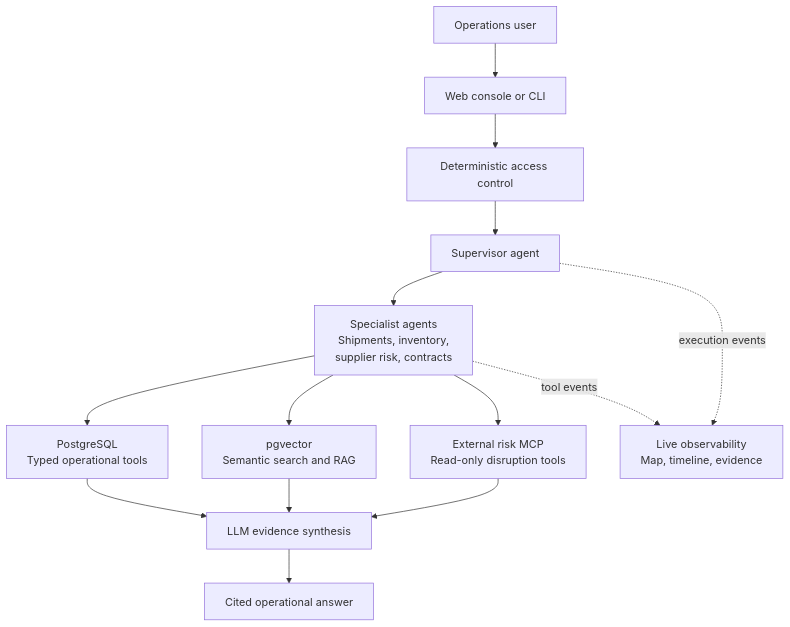
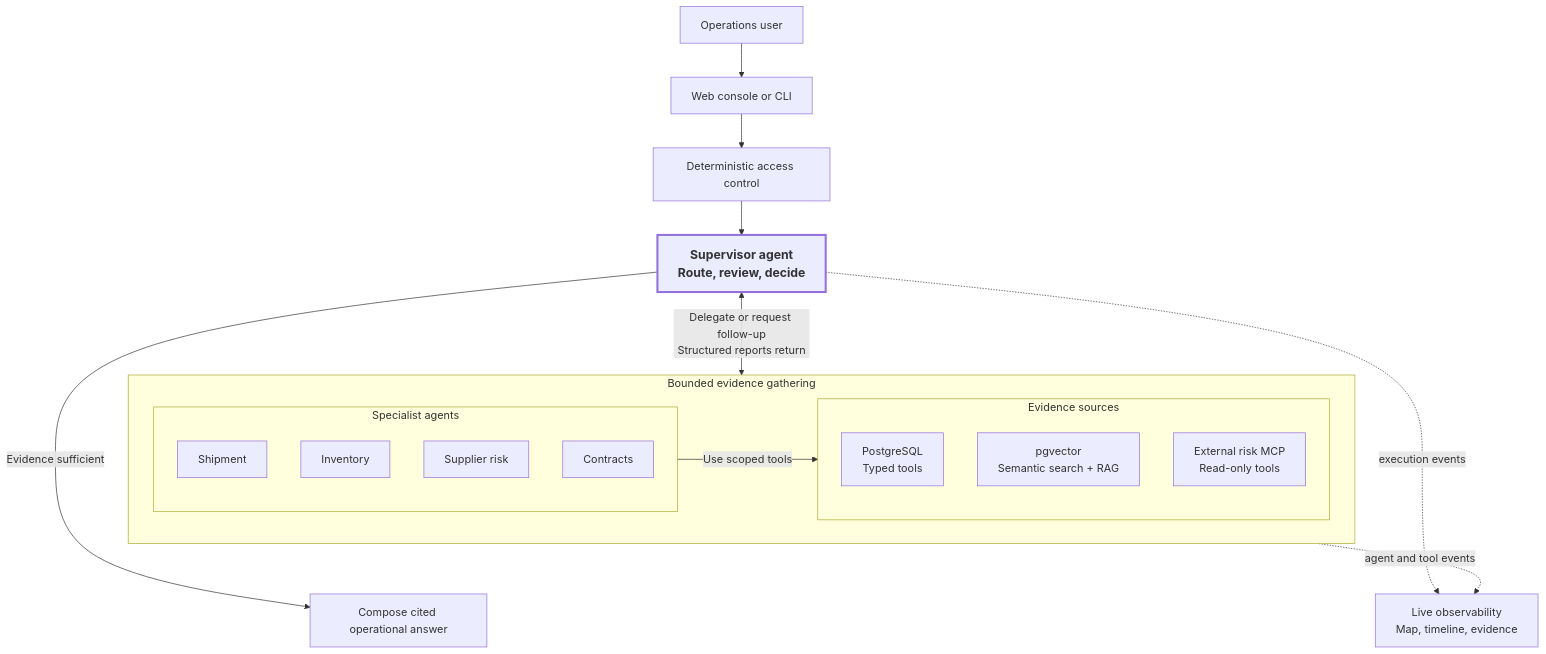
The diagram in README.md (shshakib/Supply-Chain-AI-Control-Tower), drawn with Mermaid before and after one commit. The commit also changed other lines of this file and 13 other files, not shown here.

Commit message:
feat: add bounded evidence review observability

````diff
--- a/README.md
+++ b/README.md
@@ -15,19 +15,38 @@
 ```mermaid
 flowchart TB
     USER["Operations user"] --> UI["Web console or CLI"]
     UI --> ACCESS["Deterministic access control"]
-    ACCESS --> SUPERVISOR["Supervisor agent"]
-    SUPERVISOR --> SPECIALISTS["Specialist agents<br/>Shipments, inventory,<br/>supplier risk, contracts"]
+    ACCESS --> SUPERVISOR["Supervisor agent<br/>Route, review, decide"]
 
-    SPECIALISTS --> DB["PostgreSQL<br/>Typed operational tools"]
-    SPECIALISTS --> RAG["pgvector<br/>Semantic search and RAG"]
-    SPECIALISTS --> MCP["External risk MCP<br/>Read-only disruption tools"]
+    subgraph LOOP["Bounded evidence gathering"]
+        direction LR
+        subgraph SPECIALISTS["Specialist agents"]
+            direction TB
+            SHIPMENT["Shipment"]
+            INVENTORY["Inventory"]
+            SUPPLIER["Supplier risk"]
+            CONTRACTS["Contracts"]
+        end
 
-    DB --> SYNTHESIS["LLM evidence synthesis"]
-    RAG --> SYNTHESIS
-    MCP --> SYNTHESIS
-    SYNTHESIS --> ANSWER["Cited operational answer"]
+        subgraph SOURCES["Evidence sources"]
+            direction TB
+            DB["PostgreSQL<br/>Typed tools"]
+            RAG["pgvector<br/>Semantic search + RAG"]
+            MCP["External risk MCP<br/>Read-only tools"]
+        end
+
+        SPECIALISTS -->|"Use scoped tools"| SOURCES
+    end
+
+    SUPERVISOR <-->|"Delegate or request follow-up<br/>Structured reports return"| SPECIALISTS
+    SUPERVISOR -->|"Evidence sufficient"| ANSWER["Compose cited operational answer"]
+
+    %% Preserve top-to-bottom placement without implying a source-to-answer data path.
+    SOURCES ~~~ ANSWER
 
     SUPERVISOR -. "execution events" .-> TRACE["Live observability<br/>Map, timeline, evidence"]
-    SPECIALISTS -. "tool events" .-> TRACE
+    SPECIALISTS -. "agent and tool events" .-> TRACE
+
+    classDef supervisorNode stroke-width:3px,font-size:18px,font-weight:700;
+    class SUPERVISOR supervisorNode;
 ```
````
